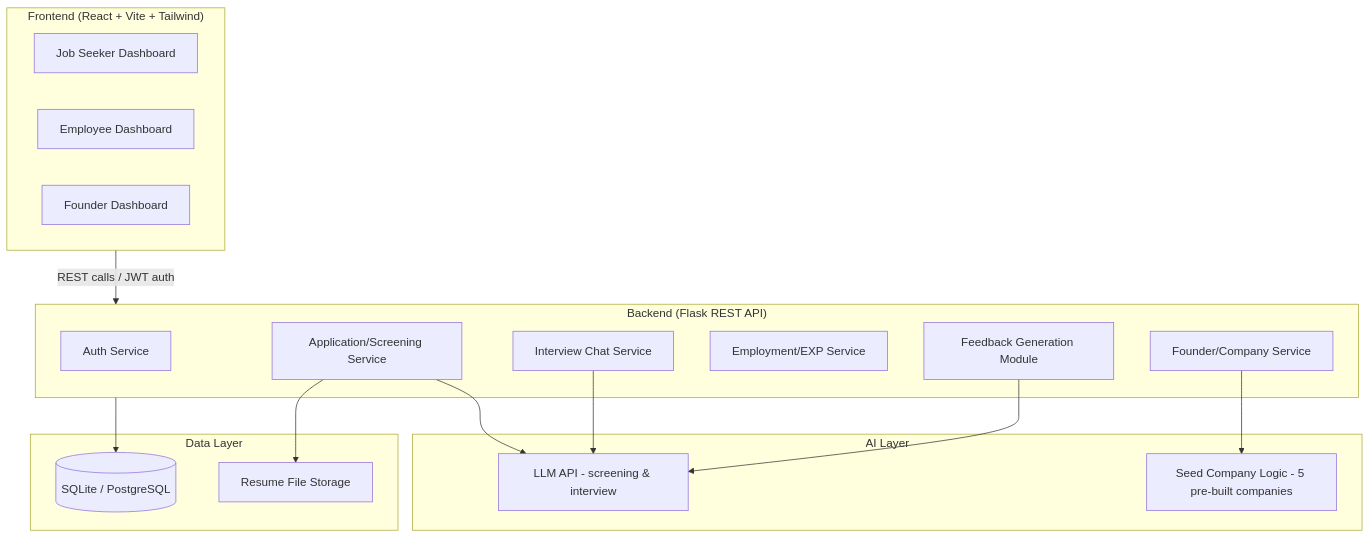
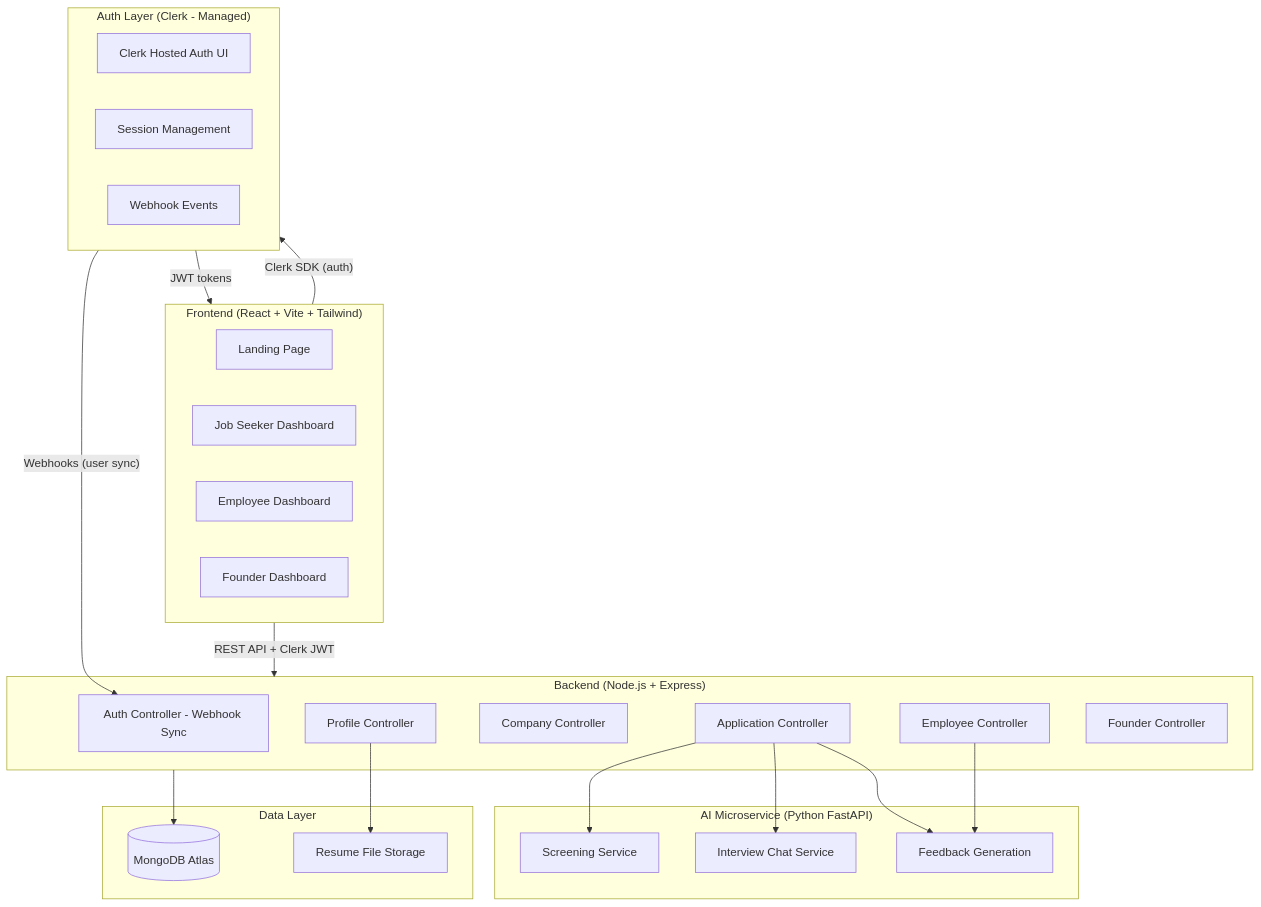
The first of 2 diagrams in corpverse_docs/03_architecture/system_architecture.md (Trushar30/CorpVerse), drawn with Mermaid before and after one commit. The commit also changed other lines of this file and 91 other files, not shown here.

Commit message:
feat: complete phase 1 - express backend, mongodb atlas schemas, clerk auth, dark cosmos landing page & dashboard, and documentation overhaul

````diff
--- a/corpverse_docs/03_architecture/system_architecture.md
+++ b/corpverse_docs/03_architecture/system_architecture.md
@@ -7,35 +7,46 @@
 ```mermaid
 flowchart TB
     subgraph Client["Frontend (React + Vite + Tailwind)"]
-        A1[Job Seeker Dashboard]
-        A2[Employee Dashboard]
-        A3[Founder Dashboard]
+        A1[Landing Page]
+        A2[Job Seeker Dashboard]
+        A3[Employee Dashboard]
+        A4[Founder Dashboard]
     end
 
-    subgraph Backend["Backend (Flask REST API)"]
-        B1[Auth Service]
-        B2[Application/Screening Service]
-        B3[Interview Chat Service]
-        B4[Employment/EXP Service]
-        B5[Founder/Company Service]
-        B6[Feedback Generation Module]
+    subgraph Auth["Auth Layer (Clerk - Managed)"]
+        CK1[Clerk Hosted Auth UI]
+        CK2[Session Management]
+        CK3[Webhook Events]
     end
 
-    subgraph AI["AI Layer"]
-        C1[LLM API - screening & interview]
-        C2[Seed Company Logic - 5 pre-built companies]
+    subgraph Backend["Backend (Node.js + Express)"]
+        B1[Auth Controller - Webhook Sync]
+        B2[Profile Controller]
+        B3[Company Controller]
+        B4[Application Controller]
+        B5[Employee Controller]
+        B6[Founder Controller]
+    end
+
+    subgraph AI["AI Microservice (Python FastAPI)"]
+        C1[Screening Service]
+        C2[Interview Chat Service]
+        C3[Feedback Generation]
     end
 
     subgraph Data["Data Layer"]
-        D1[(SQLite / PostgreSQL)]
+        D1[(MongoDB Atlas)]
         D2[Resume File Storage]
     end
 
-    Client -->|REST calls / JWT auth| Backend
-    B2 --> C1
-    B3 --> C1
-    B6 --> C1
-    B5 --> C2
+    Client -->|"Clerk SDK (auth)"| Auth
+    Auth -->|"JWT tokens"| Client
+    Auth -->|"Webhooks (user sync)"| B1
+    Client -->|"REST API + Clerk JWT"| Backend
+    B4 --> C1
+    B4 --> C2
+    B4 --> C3
+    B5 --> C3
     Backend --> D1
     B2 --> D2
 ```
````
